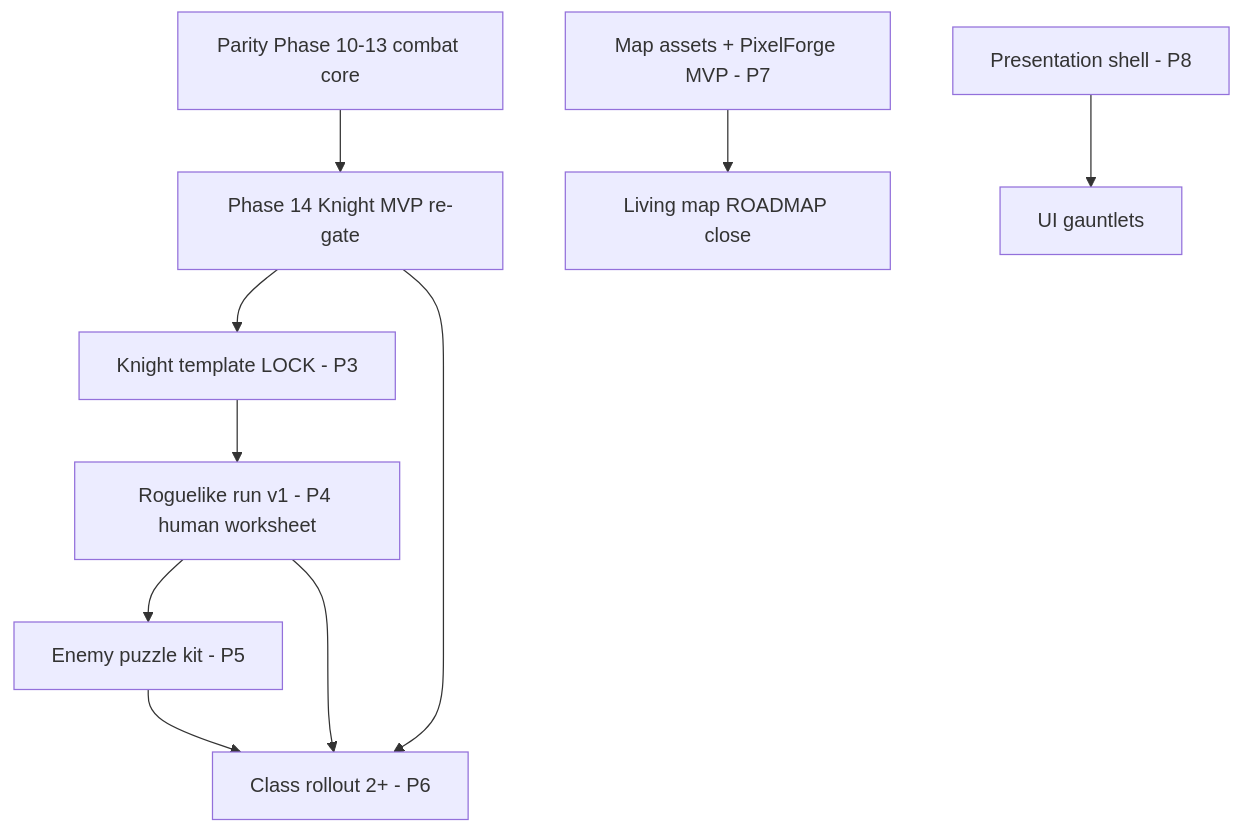
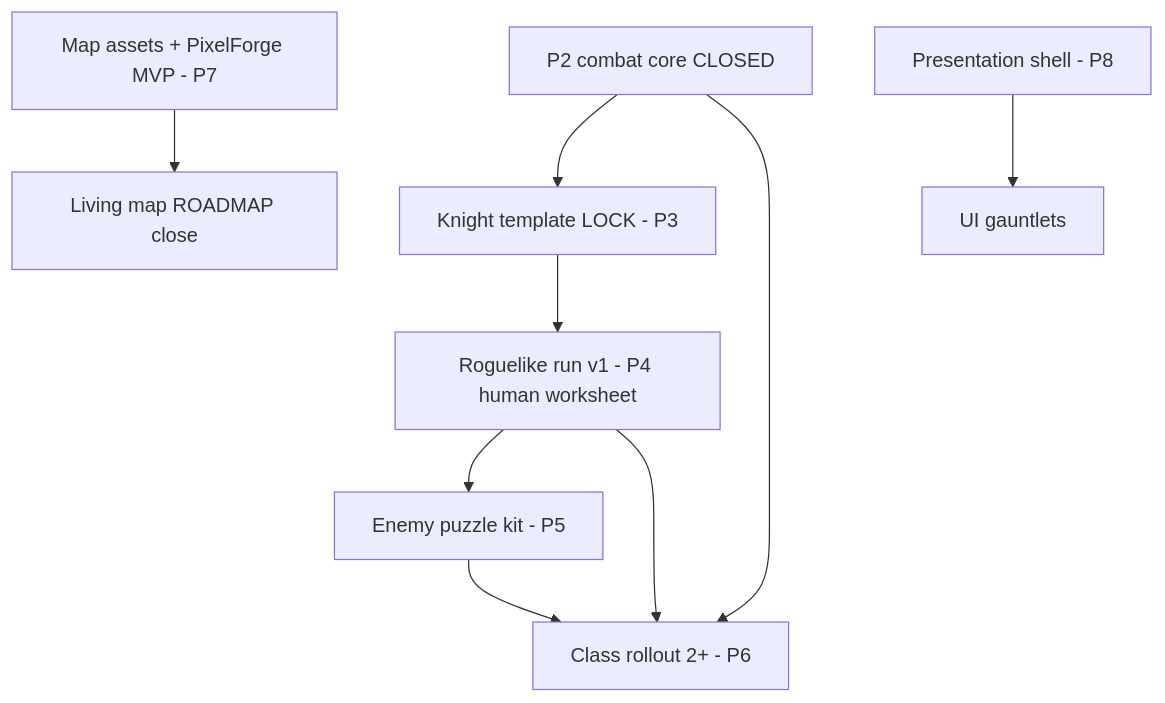
One commit to kendikong/honor-and-iron-3 changed the diagram in docs/design/REMAINING_WORK_MAP.md. Above: the diagram before and after it, drawn with Mermaid. The commit also changed other lines of this file and 5 other files, not shown here.

Commit message:
Mark P2 combat-core closed per owner — active work shifts to P3 Knight

````diff
--- a/docs/design/REMAINING_WORK_MAP.md
+++ b/docs/design/REMAINING_WORK_MAP.md
@@ -44,12 +44,11 @@
 ```mermaid
 flowchart TD
-  P10[Parity Phase 10-13 combat core] --> P14[Phase 14 Knight MVP re-gate]
-  P14 --> KT[Knight template LOCK - P3]
+  P2done[P2 combat core CLOSED] --> KT[Knight template LOCK - P3]
   KT --> RUN[Roguelike run v1 - P4 human worksheet]
   RUN --> EN[Enemy puzzle kit - P5]
   EN --> CR[Class rollout 2+ - P6]
   MAP[Map assets + PixelForge MVP - P7] --> LM[Living map ROADMAP close]
   UI[Presentation shell - P8] --> UII[UI gauntlets]
-  P14 --> CR
+  P2done --> CR
   RUN --> CR
 ```
````
